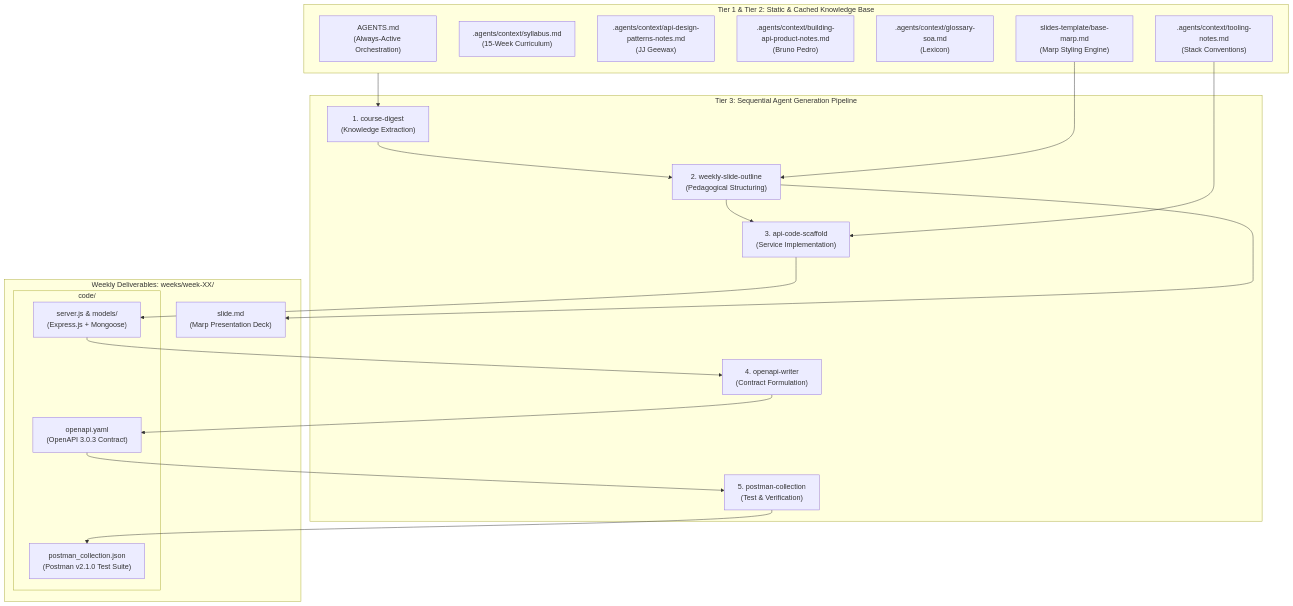
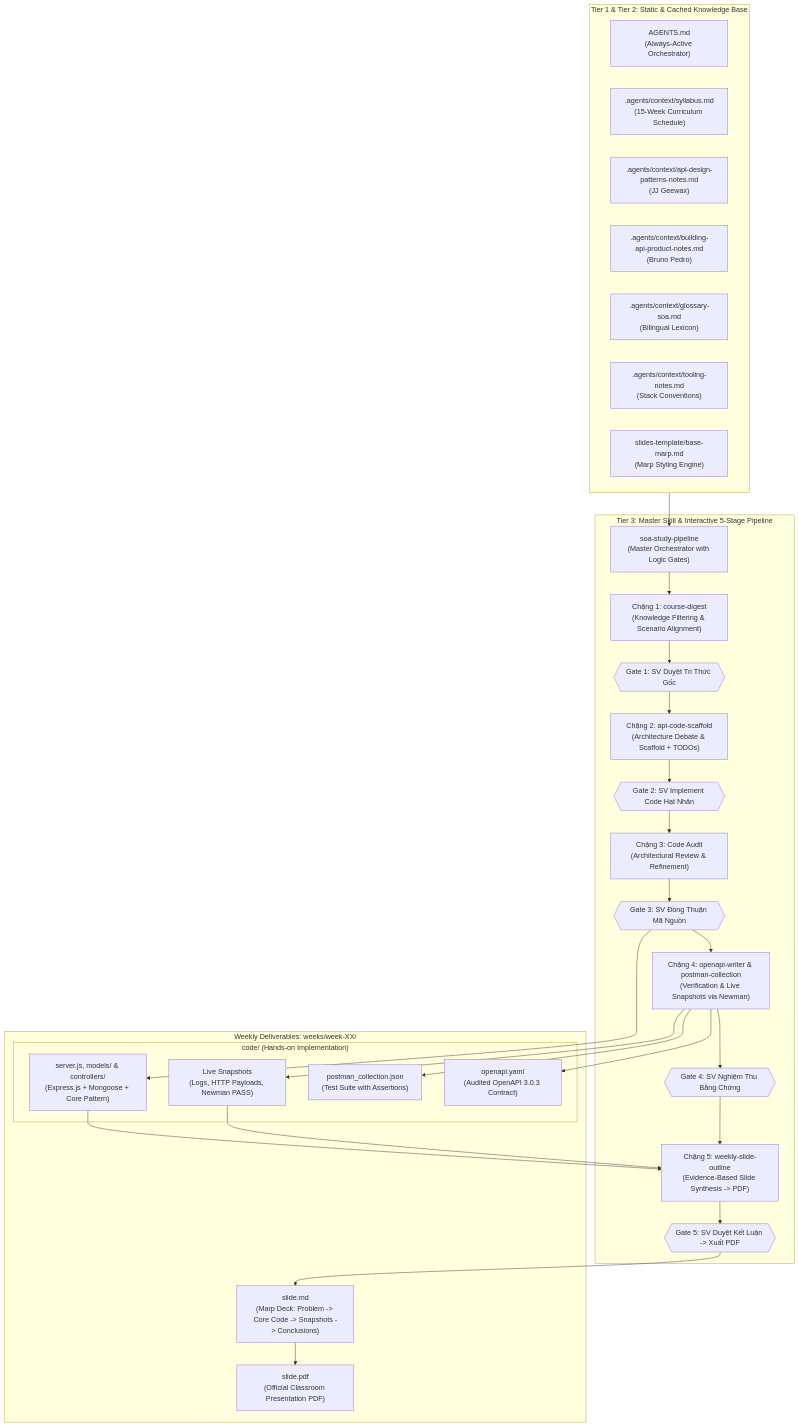
One commit to hehuanglu/HK1_2627_INT3505E_1 changed the diagram in ARCHITECTURE.md. Above: the diagram before and after it, drawn with Mermaid. The commit also changed other lines of this file and 13 other files, not shown here.

````diff
--- a/ARCHITECTURE.md
+++ b/ARCHITECTURE.md
@@ -12,41 +12,58 @@
 ```mermaid
 flowchart TD
     subgraph KNOWLEDGE["Tier 1 & Tier 2: Static & Cached Knowledge Base"]
-        AGENTS["AGENTS.md\n(Always-Active Orchestration)"]
-        SYLLABUS[".agents/context/syllabus.md\n(15-Week Curriculum)"]
+        AGENTS["AGENTS.md\n(Always-Active Orchestrator)"]
+        SYLLABUS[".agents/context/syllabus.md\n(15-Week Curriculum Schedule)"]
         PATTERNS[".agents/context/api-design-patterns-notes.md\n(JJ Geewax)"]
         PRODUCT[".agents/context/building-api-product-notes.md\n(Bruno Pedro)"]
-        GLOSSARY[".agents/context/glossary-soa.md\n(Lexicon)"]
+        GLOSSARY[".agents/context/glossary-soa.md\n(Bilingual Lexicon)"]
         TOOLING[".agents/context/tooling-notes.md\n(Stack Conventions)"]
         TEMPLATE["slides-template/base-marp.md\n(Marp Styling Engine)"]
     end
 
-    subgraph PIPELINE["Tier 3: Sequential Agent Generation Pipeline"]
-        SK1["1. course-digest\n(Knowledge Extraction)"]
-        SK2["2. weekly-slide-outline\n(Pedagogical Structuring)"]
-        SK3["3. api-code-scaffold\n(Service Implementation)"]
-        SK4["4. openapi-writer\n(Contract Formulation)"]
-        SK5["5. postman-collection\n(Test & Verification)"]
+    subgraph PIPELINE["Tier 3: Master Skill & Interactive 5-Stage Pipeline"]
+        MASTER["soa-study-pipeline\n(Master Orchestrator with Logic Gates)"]
+        
+        SK1["Chặng 1: course-digest\n(Knowledge Filtering & Scenario Alignment)"]
+        GATE1{{"Gate 1: SV Duyệt Tri Thức Gốc"}}
+        
+        SK2["Chặng 2: api-code-scaffold\n(Architecture Debate & Scaffold + TODOs)"]
+        GATE2{{"Gate 2: SV Implement Code Hạt Nhân"}}
+        
+        SK3["Chặng 3: Code Audit\n(Architectural Review & Refinement)"]
+        GATE3{{"Gate 3: SV Đồng Thuận Mã Nguồn"}}
+        
+        SK4["Chặng 4: openapi-writer & postman-collection\n(Verification & Live Snapshots via Newman)"]
+        GATE4{{"Gate 4: SV Nghiệm Thu Bằng Chứng"}}
+        
+        SK5["Chặng 5: weekly-slide-outline\n(Evidence-Based Slide Synthesis -> PDF)"]
+        GATE5{{"Gate 5: SV Duyệt Kết Luận -> Xuất PDF"}}
     end
 
     subgraph OUTPUT["Weekly Deliverables: weeks/week-XX/"]
-        OUT_SLIDE["slide.md\n(Marp Presentation Deck)"]
-        subgraph OUT_CODE["code/"]
-            OUT_SRV["server.js & models/\n(Express.js + Mongoose)"]
-            OUT_OAS["openapi.yaml\n(OpenAPI 3.0.3 Contract)"]
-            OUT_PST["postman_collection.json\n(Postman v2.1.0 Test Suite)"]
+        subgraph OUT_CODE["code/ (Hands-on Implementation)"]
+            OUT_SRV["server.js, models/ & controllers/\n(Express.js + Mongoose + Core Pattern)"]
+            OUT_OAS["openapi.yaml\n(Audited OpenAPI 3.0.3 Contract)"]
+            OUT_PST["postman_collection.json\n(Test Suite with Assertions)"]
+            OUT_SNAP["Live Snapshots\n(Logs, HTTP Payloads, Newman PASS)"]
         end
+        OUT_SLIDE["slide.md\n(Marp Deck: Problem -> Core Code -> Snapshots -> Conclusions)"]
+        OUT_PDF["slide.pdf\n(Official Classroom Presentation PDF)"]
     end
 
-    KNOWLEDGE --> SK1
-    SK1 --> SK2
-    TEMPLATE --> SK2
-    SK2 --> OUT_SLIDE
-    SK2 --> SK3
-    TOOLING --> SK3
-    SK3 --> OUT_SRV
-    OUT_SRV --> SK4
+    KNOWLEDGE --> MASTER
+    MASTER --> SK1 --> GATE1
+    GATE1 --> SK2 --> GATE2
+    GATE2 --> SK3 --> GATE3
+    GATE3 --> SK4 --> GATE4
+    GATE4 --> SK5 --> GATE5
+    
+    GATE3 --> OUT_SRV
     SK4 --> OUT_OAS
-    OUT_OAS --> SK5
-    SK5 --> OUT_PST
+    SK4 --> OUT_PST
+    SK4 --> OUT_SNAP
+    OUT_SNAP --> SK5
+    OUT_SRV --> SK5
+    GATE5 --> OUT_SLIDE
+    OUT_SLIDE --> OUT_PDF
 ```
````
